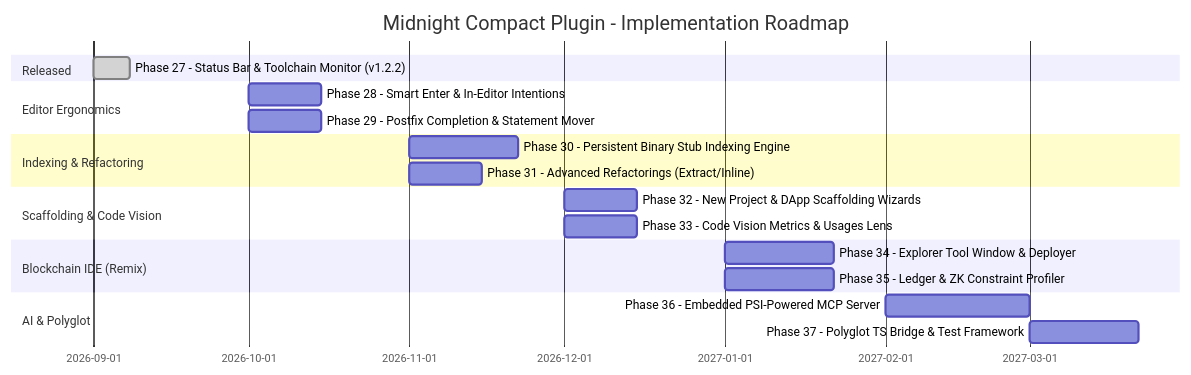
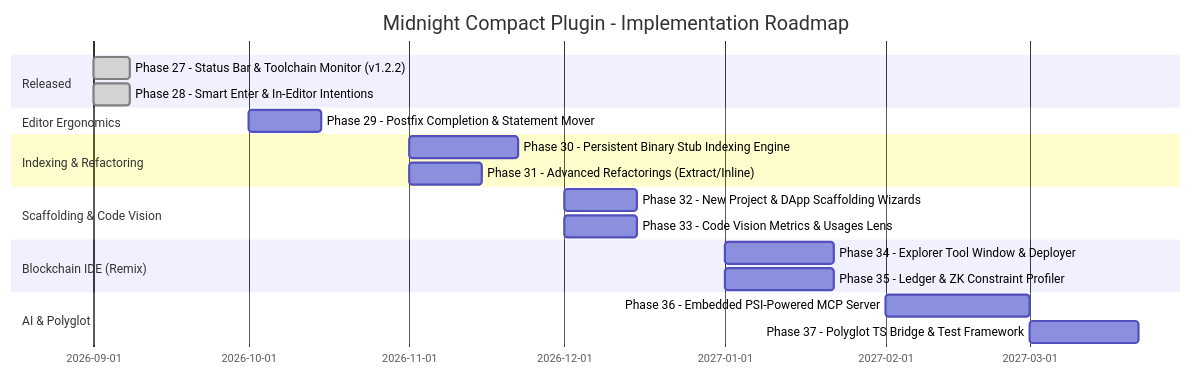
Before and after one commit to Vinay2080/midnight-compact-plugin: the second of 2 diagrams in docs/FUTURE_PLAN.md, drawn with Mermaid. The commit also changed other lines of this file and 5 other files, not shown here.

````diff
--- a/docs/FUTURE_PLAN.md
+++ b/docs/FUTURE_PLAN.md
@@ -186,22 +187,22 @@
 ```mermaid
 gantt
     title Midnight Compact Plugin - Implementation Roadmap
     dateFormat  YYYY-MM
     section Released
     Phase 27 - Status Bar & Toolchain Monitor (v1.2.2) :done, 2026-09, 1w
+    Phase 28 - Smart Enter & In-Editor Intentions     :done, 2026-09, 1w
     section Editor Ergonomics
-    Phase 28 - Smart Enter & In-Editor Intentions     :2026-10, 2w
     Phase 29 - Postfix Completion & Statement Mover   :2026-10, 2w
     section Indexing & Refactoring
     Phase 30 - Persistent Binary Stub Indexing Engine :2026-11, 3w
     Phase 31 - Advanced Refactorings (Extract/Inline) :2026-11, 2w
     section Scaffolding & Code Vision
     Phase 32 - New Project & DApp Scaffolding Wizards :2026-12, 2w
     Phase 33 - Code Vision Metrics & Usages Lens      :2026-12, 2w
     section Blockchain IDE (Remix)
     Phase 34 - Explorer Tool Window & Deployer        :2027-01, 3w
     Phase 35 - Ledger & ZK Constraint Profiler        :2027-01, 3w
     section AI & Polyglot
     Phase 36 - Embedded PSI-Powered MCP Server        :2027-02, 4w
     Phase 37 - Polyglot TS Bridge & Test Framework    :2027-03, 3w
 ```
````
